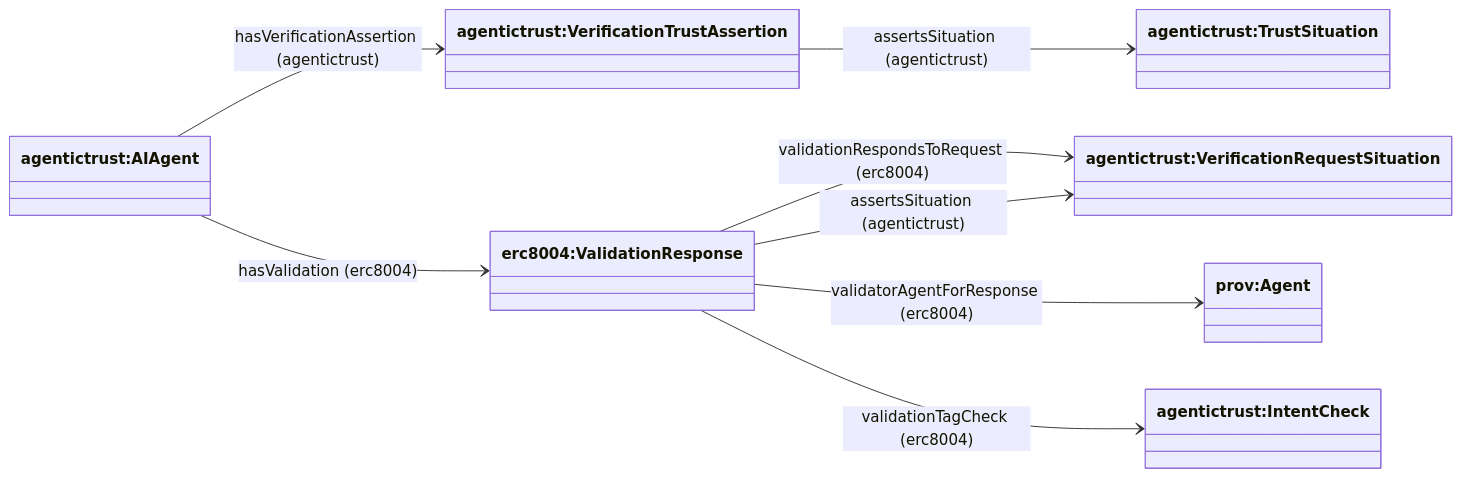
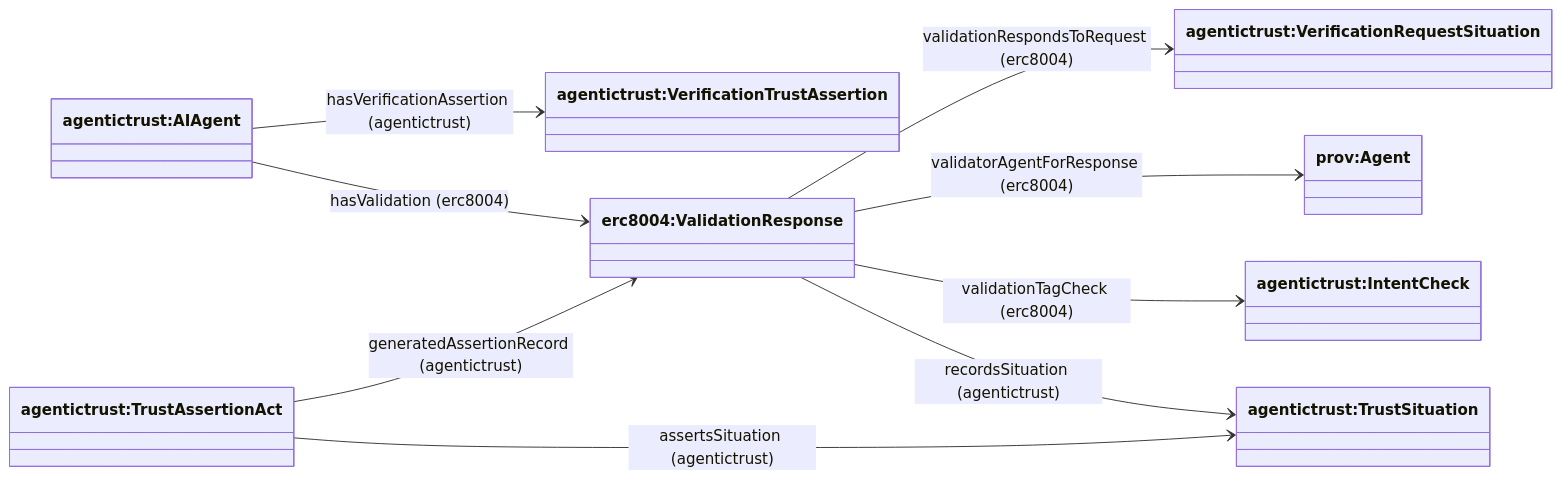
Before and after one commit to Agentic-Trust-Layer/agent-explorer: the second of 2 diagrams in docs/ontology/verificationassertion.md, drawn with Mermaid. The commit also changed other lines of this file and 12 other files, not shown here.

````diff
--- a/docs/ontology/verificationassertion.md
+++ b/docs/ontology/verificationassertion.md
@@ -29,22 +29,24 @@
 ```mermaid
 classDiagram
 direction LR
 
 class AIAgent["agentictrust:AIAgent"]
 class VerificationAssertion["agentictrust:VerificationTrustAssertion"]
 class ValidationResponse["erc8004:ValidationResponse"]
 class ValidationRequest["agentictrust:VerificationRequestSituation"]
 class TrustSituation["agentictrust:TrustSituation"]
 class IntentCheck["agentictrust:IntentCheck"]
 class provAgent["prov:Agent"]
+class TrustAssertionAct["agentictrust:TrustAssertionAct"]
 
 AIAgent --> VerificationAssertion : hasVerificationAssertion (agentictrust)
 AIAgent --> ValidationResponse : hasValidation (erc8004)
 
 ValidationResponse --> ValidationRequest : validationRespondsToRequest (erc8004)
 ValidationResponse --> provAgent : validatorAgentForResponse (erc8004)
 ValidationResponse --> IntentCheck : validationTagCheck (erc8004)
 
-VerificationAssertion --> TrustSituation : assertsSituation (agentictrust)
-ValidationResponse --> ValidationRequest : assertsSituation (agentictrust)
+ValidationResponse --> TrustSituation : recordsSituation (agentictrust)
+TrustAssertionAct --> TrustSituation : assertsSituation (agentictrust)
+TrustAssertionAct --> ValidationResponse : generatedAssertionRecord (agentictrust)
 ```
````
